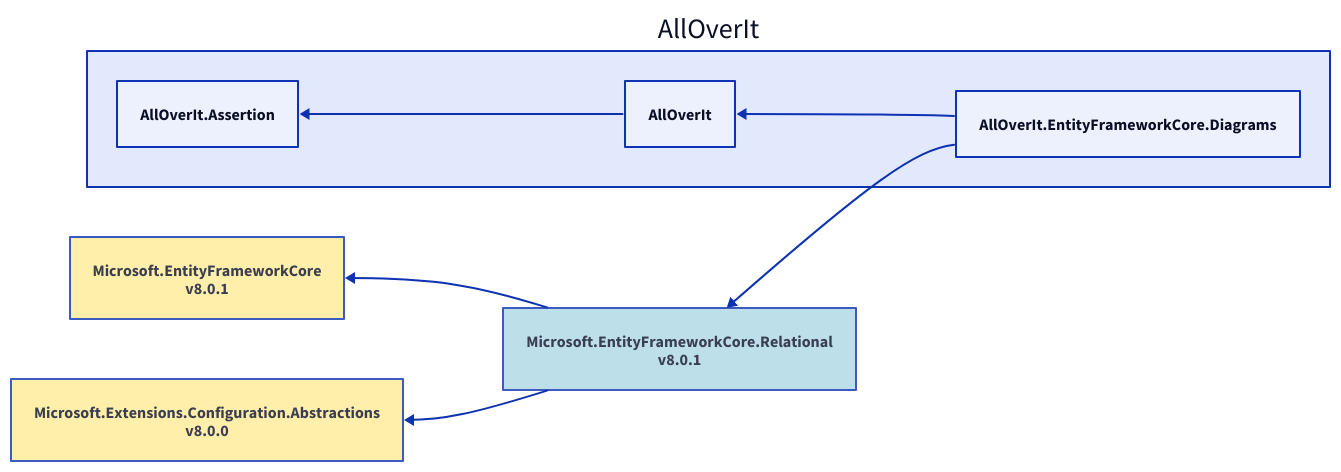
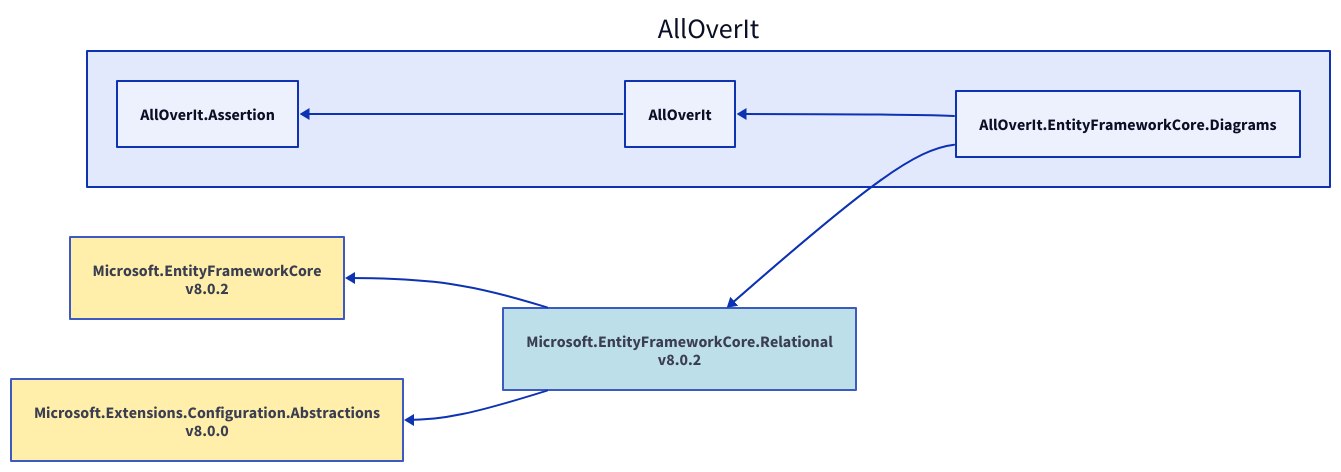
Before and after one commit to mjfreelancing/AllOverIt: the diagram in Docs/Reference/Content/images/dependencies/net8.0/alloverit-entityframeworkcore-diagrams.d2, drawn with D2. The commit also changed 79 other files, not shown here.

```diff
--- a/Docs/Reference/Content/images/dependencies/net8.0/alloverit-entityframeworkcore-diagrams.d2
+++ b/Docs/Reference/Content/images/dependencies/net8.0/alloverit-entityframeworkcore-diagrams.d2
@@ -1,20 +1,20 @@
 direction: left
 
 aoi: AllOverIt
 aoi.alloverit-entityframeworkcore-diagrams: AllOverIt.EntityFrameworkCore.Diagrams
-microsoft-entityframeworkcore-relational_8-0-1: Microsoft.EntityFrameworkCore.Relational\nv8.0.1
-microsoft-entityframeworkcore-relational_8-0-1.style.fill: "#ADD8E6"
-microsoft-entityframeworkcore-relational_8-0-1.style.opacity: 0.8
-microsoft-entityframeworkcore_8-0-1: Microsoft.EntityFrameworkCore\nv8.0.1
-microsoft-entityframeworkcore_8-0-1.style.fill: "#FFEC96"
-microsoft-entityframeworkcore_8-0-1.style.opacity: 0.8
-microsoft-entityframeworkcore_8-0-1 <- microsoft-entityframeworkcore-relational_8-0-1
+microsoft-entityframeworkcore-relational_8-0-2: Microsoft.EntityFrameworkCore.Relational\nv8.0.2
+microsoft-entityframeworkcore-relational_8-0-2.style.fill: "#ADD8E6"
+microsoft-entityframeworkcore-relational_8-0-2.style.opacity: 0.8
+microsoft-entityframeworkcore_8-0-2: Microsoft.EntityFrameworkCore\nv8.0.2
+microsoft-entityframeworkcore_8-0-2.style.fill: "#FFEC96"
+microsoft-entityframeworkcore_8-0-2.style.opacity: 0.8
+microsoft-entityframeworkcore_8-0-2 <- microsoft-entityframeworkcore-relational_8-0-2
 microsoft-extensions-configuration-abstractions_8-0-0: Microsoft.Extensions.Configuration.Abstractions\nv8.0.0
 microsoft-extensions-configuration-abstractions_8-0-0.style.fill: "#FFEC96"
 microsoft-extensions-configuration-abstractions_8-0-0.style.opacity: 0.8
-microsoft-extensions-configuration-abstractions_8-0-0 <- microsoft-entityframeworkcore-relational_8-0-1
-microsoft-entityframeworkcore-relational_8-0-1 <- aoi.alloverit-entityframeworkcore-diagrams
+microsoft-extensions-configuration-abstractions_8-0-0 <- microsoft-entityframeworkcore-relational_8-0-2
+microsoft-entityframeworkcore-relational_8-0-2 <- aoi.alloverit-entityframeworkcore-diagrams
 aoi.alloverit: AllOverIt
 aoi.alloverit-assertion: AllOverIt.Assertion
 aoi.alloverit-assertion <- aoi.alloverit
 aoi.alloverit <- aoi.alloverit-entityframeworkcore-diagrams
```
